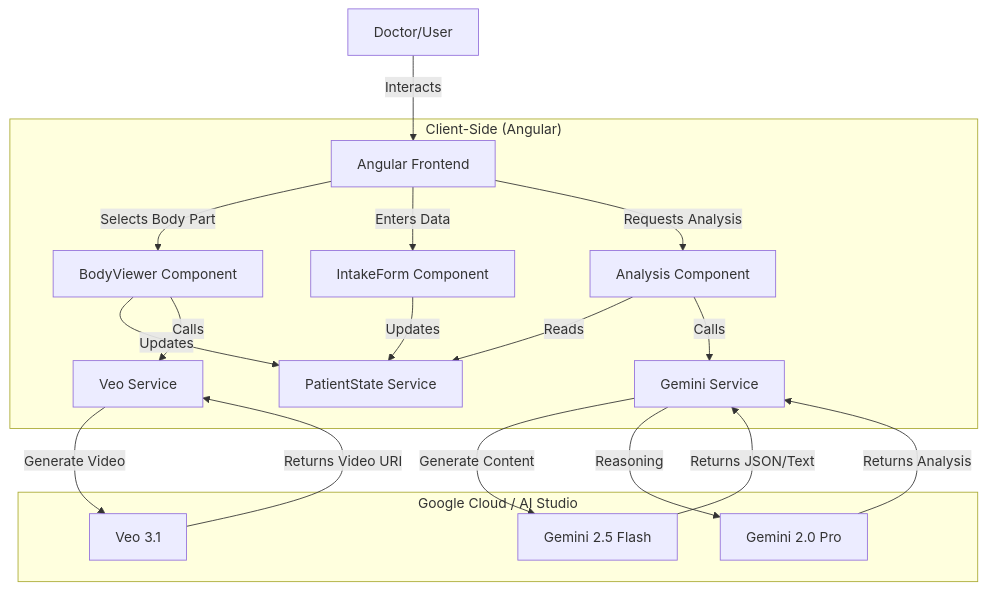
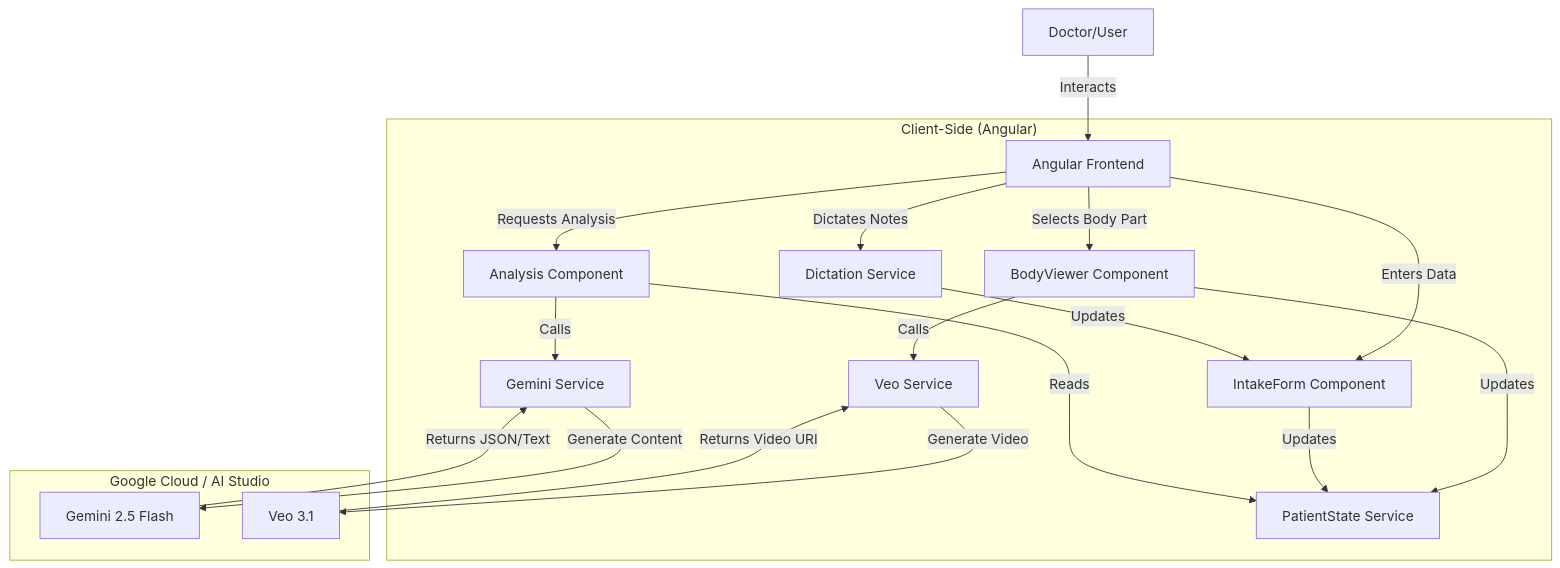
The diagram in README.md (philgear/Understory), drawn with Mermaid before and after one commit. The commit also changed other lines of this file and 19 other files, not shown here.

First line of the commit message:
feat: Add voice dictation for notes

````diff
--- a/README.md
+++ b/README.md
@@ -33,27 +34,27 @@
 ```mermaid
 graph TD
     User[Doctor/User] -->|Interacts| UI[Angular Frontend]
     
     subgraph "Client-Side (Angular)"
         UI -->|Selects Body Part| BodyMap[BodyViewer Component]
         UI -->|Enters Data| Intake[IntakeForm Component]
         UI -->|Requests Analysis| Analysis[Analysis Component]
+        UI -->|Dictates Notes| Dictation[Dictation Service]
         
         BodyMap -->|Updates| State[PatientState Service]
         Intake -->|Updates| State
+        Dictation -->|Updates| Intake
         
         Analysis -->|Reads| State
         Analysis -->|Calls| GeminiSvc[Gemini Service]
         BodyMap -->|Calls| VeoSvc[Veo Service]
     end
     
     subgraph "Google Cloud / AI Studio"
         GeminiSvc -->|Generate Content| Flash[Gemini 2.5 Flash]
-        GeminiSvc -->|Reasoning| Pro[Gemini 2.0 Pro]
         VeoSvc -->|Generate Video| Veo[Veo 3.1]
     end
     
     Flash -->|Returns JSON/Text| GeminiSvc
-    Pro -->|Returns Analysis| GeminiSvc
     Veo -->|Returns Video URI| VeoSvc
 ```
````
